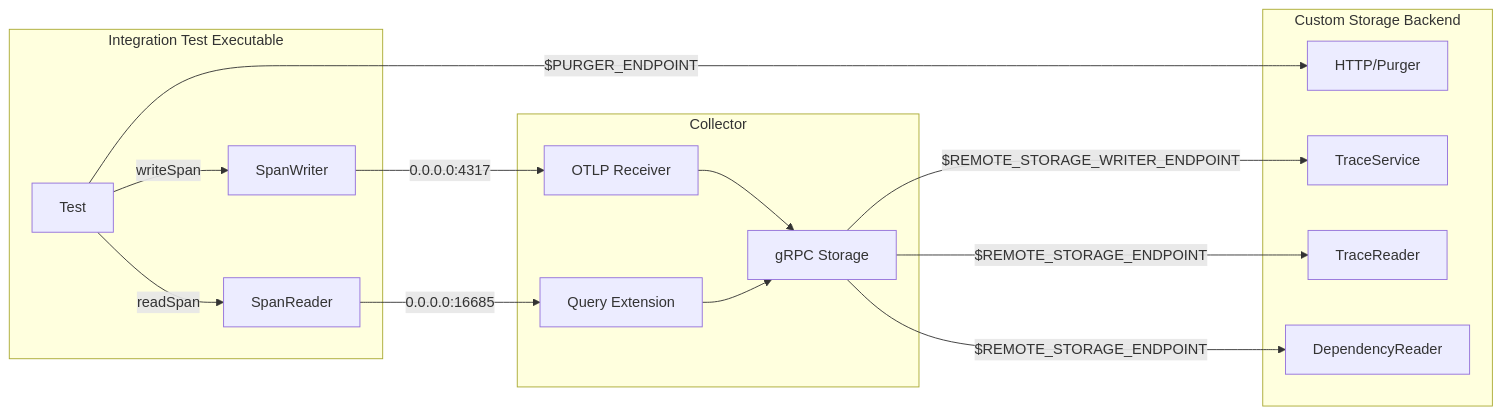
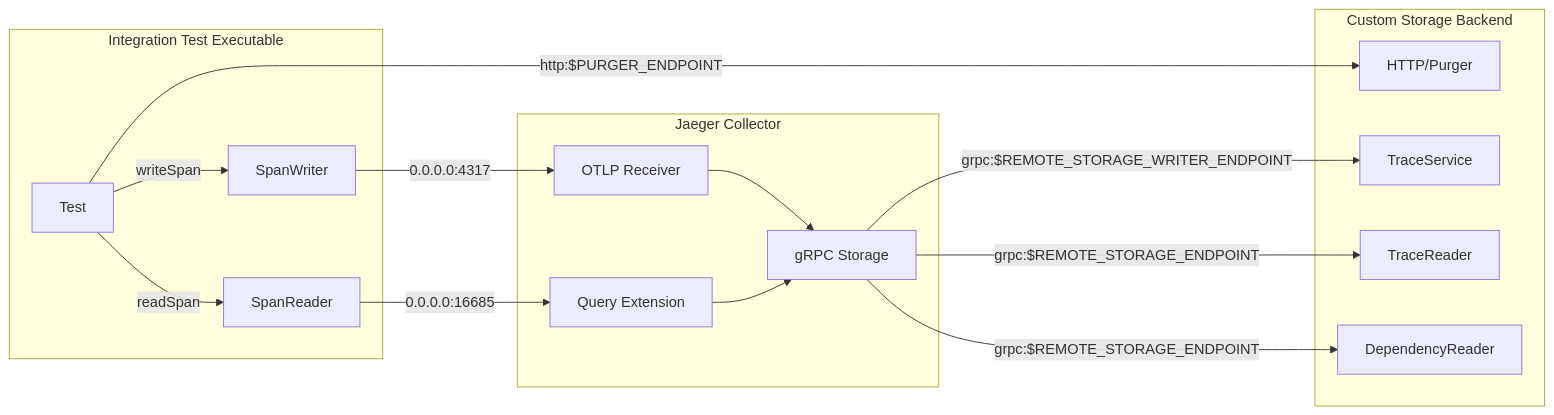
One commit to jaegertracing/jaeger changed the diagram in internal/storage/v2/grpc/README.md. Above: the diagram before and after it, drawn with Mermaid. The commit also changed other lines of this file and 1 other file, not shown here.

Commit message:
Minor cleanup of grpc storage docs

````diff
--- a/internal/storage/v2/grpc/README.md
+++ b/internal/storage/v2/grpc/README.md
@@ -50,30 +49,30 @@
 ``` mermaid
 flowchart LR
 
 Test --> |writeSpan| SpanWriter
-Test --> |$PURGER_ENDPOINT| Purger
+Test --> |http:$PURGER_ENDPOINT| Purger
 SpanWriter --> |0.0.0.0:4317| OTLP_Receiver1
 OTLP_Receiver1 --> GRPCStorage
-GRPCStorage --> |$REMOTE_STORAGE_WRITER_ENDPOINT| TraceService
+GRPCStorage --> |grpc:$REMOTE_STORAGE_WRITER_ENDPOINT| TraceService
 Test --> |readSpan| SpanReader
 SpanReader --> |0.0.0.0:16685| QueryExtension
 QueryExtension --> GRPCStorage
-GRPCStorage --> |$REMOTE_STORAGE_ENDPOINT| TraceReader
-GRPCStorage --> |$REMOTE_STORAGE_ENDPOINT| DependencyReader
+GRPCStorage --> |grpc:$REMOTE_STORAGE_ENDPOINT| TraceReader
+GRPCStorage --> |grpc:$REMOTE_STORAGE_ENDPOINT| DependencyReader
 subgraph Integration Test Executable
     Test
     SpanWriter
     SpanReader
 end
-subgraph Collector
+subgraph Jaeger Collector
     OTLP_Receiver1[OTLP Receiver]
     QueryExtension[Query Extension]
     GRPCStorage[gRPC Storage]
 end
 subgraph Custom Storage Backend
     TraceService
     TraceReader
     DependencyReader
     Purger[HTTP/Purger]
 end
 ```
````
